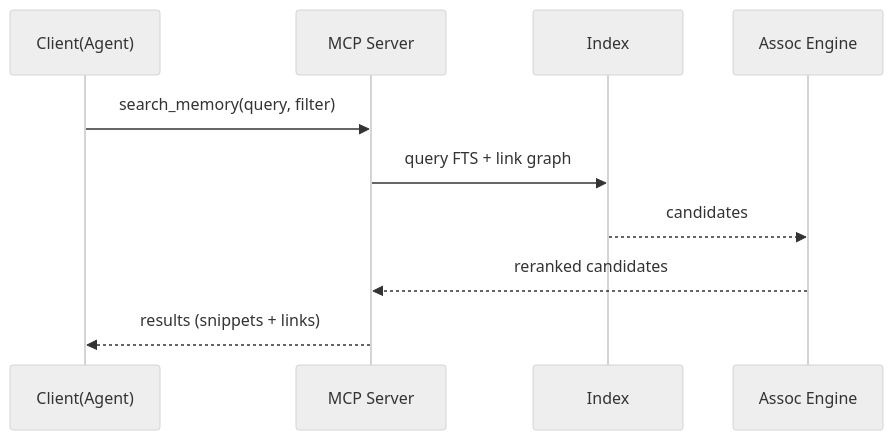
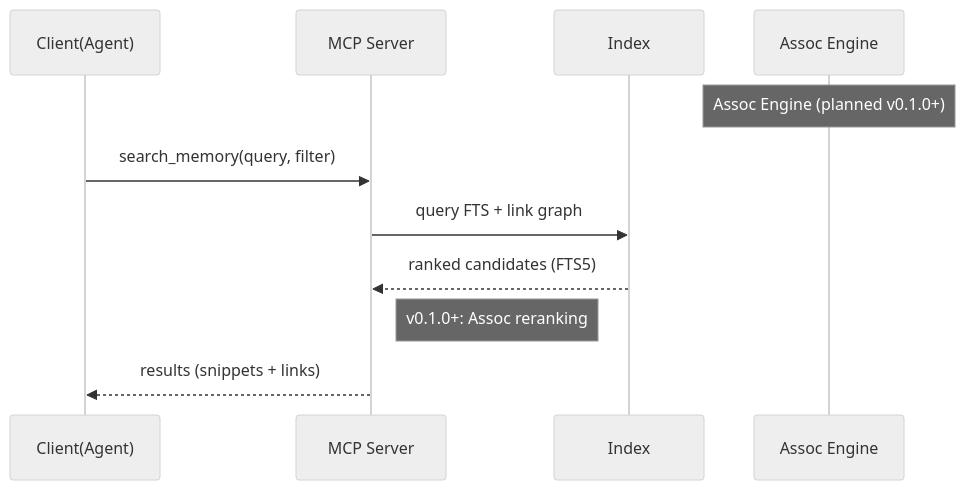
Before and after one commit to inchan/zettel-memory: the second of 2 diagrams in docs/ARCHITECTURE.md, drawn with Mermaid (neutral theme). The commit also changed other lines of this file and 5 other files, not shown here.

````diff
--- a/docs/ARCHITECTURE.md
+++ b/docs/ARCHITECTURE.md
@@ -34,13 +34,14 @@
 ```mermaid
 sequenceDiagram
     participant Client as Client(Agent)
     participant MCP as MCP Server
     participant Index as Index
+    Note over Assoc: Assoc Engine (planned v0.1.0+)
     participant Assoc as Assoc Engine
 
     Client->>MCP: search_memory(query, filter)
     MCP->>Index: query FTS + link graph
-    Index-->>Assoc: candidates
-    Assoc-->>MCP: reranked candidates
+    Index-->>MCP: ranked candidates (FTS5)
+    Note right of MCP: v0.1.0+: Assoc reranking
     MCP-->>Client: results (snippets + links)
 ```
````
